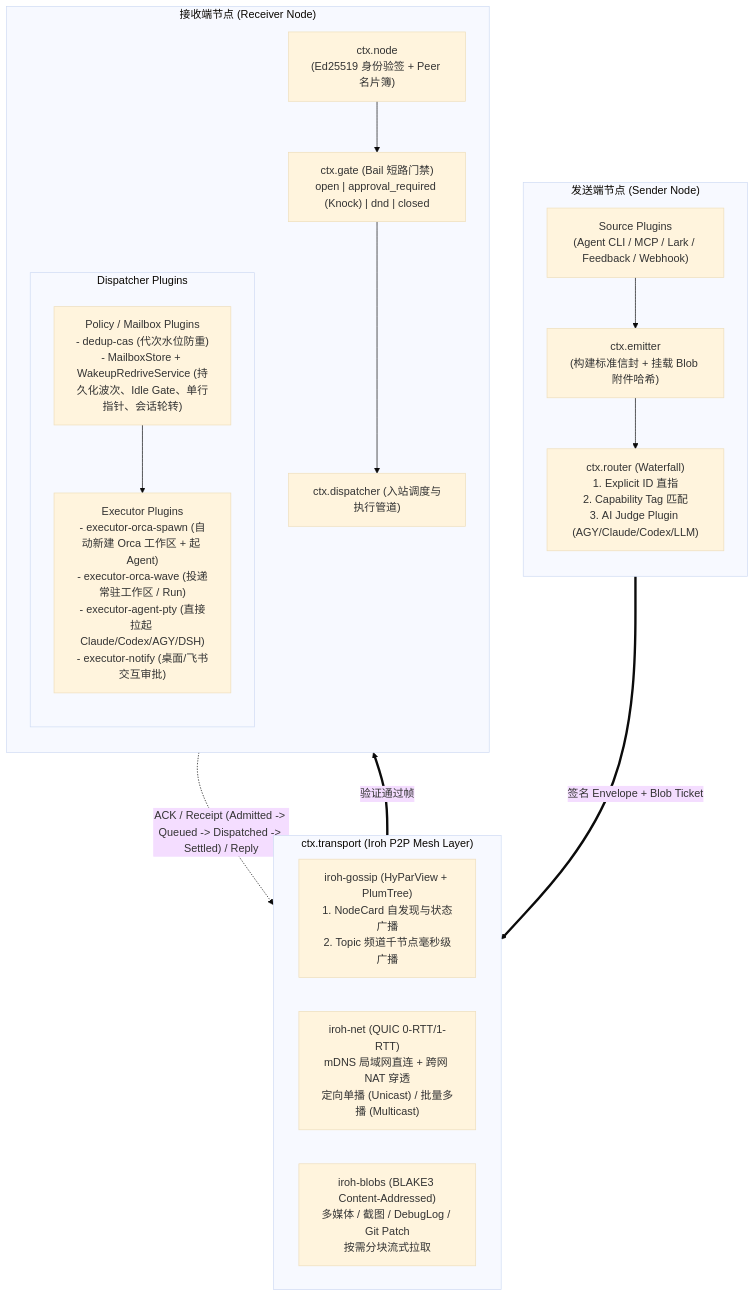
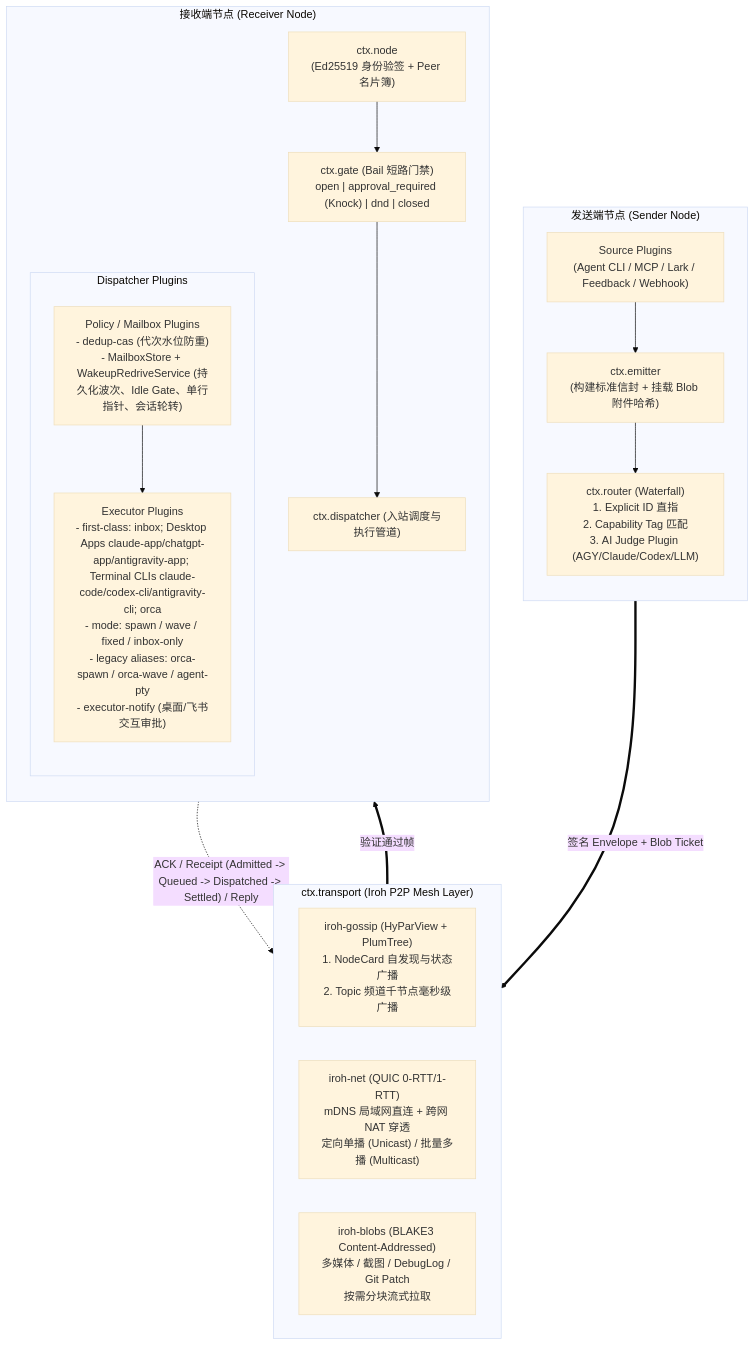
The diagram in docs/architecture.md (sensebeing/the-dealer), drawn with Mermaid (base theme) before and after one commit. The commit also changed other lines of this file and 12 other files, not shown here.

````diff
--- a/docs/architecture.md
+++ b/docs/architecture.md
@@ -48,37 +48,37 @@
 ```mermaid
 flowchart TB
     subgraph OutboundNode["发送端节点 (Sender Node)"]
         direction TB
         Src["Source Plugins<br/>(Agent CLI / MCP / Lark / Feedback / Webhook)"]
         Emit["ctx.emitter<br/>(构建标准信封 + 挂载 Blob 附件哈希)"]
         Route["ctx.router (Waterfall)<br/>1. Explicit ID 直指<br/>2. Capability Tag 匹配<br/>3. AI Judge Plugin (AGY/Claude/Codex/LLM)"]
         Src --> Emit --> Route
     end
 
     subgraph IrohMesh["ctx.transport (Iroh P2P Mesh Layer)"]
         direction LR
         Gossip["iroh-gossip (HyParView + PlumTree)<br/>1. NodeCard 自发现与状态广播<br/>2. Topic 频道千节点毫秒级广播"]
         Quic["iroh-net (QUIC 0-RTT/1-RTT)<br/>mDNS 局域网直连 + 跨网 NAT 穿透<br/>定向单播 (Unicast) / 批量多播 (Multicast)"]
         Blobs["iroh-blobs (BLAKE3 Content-Addressed)<br/>多媒体 / 截图 / DebugLog / Git Patch<br/>按需分块流式拉取"]
     end
 
     subgraph InboundNode["接收端节点 (Receiver Node)"]
         direction TB
         NodeSvc["ctx.node<br/>(Ed25519 身份验签 + Peer 名片簿)"]
         Gate["ctx.gate (Bail 短路门禁)<br/>open | approval_required (Knock) | dnd | closed"]
         Disp["ctx.dispatcher (入站调度与执行管道)"]
         
         subgraph DispPipeline["Dispatcher Plugins"]
             direction TB
             Pol["Policy / Mailbox Plugins<br/>- dedup-cas (代次水位防重)<br/>- MailboxStore + WakeupRedriveService (持久化波次、Idle Gate、单行指针、会话轮转)"]
-            Exec["Executor Plugins<br/>- executor-orca-spawn (自动新建 Orca 工作区 + 起 Agent)<br/>- executor-orca-wave (投递常驻工作区 / Run)<br/>- executor-agent-pty (直接拉起 Claude/Codex/AGY/DSH)<br/>- executor-notify (桌面/飞书交互审批)"]
+            Exec["Executor Plugins<br/>- first-class: inbox; Desktop Apps claude-app/chatgpt-app/antigravity-app; Terminal CLIs claude-code/codex-cli/antigravity-cli; orca<br/>- mode: spawn / wave / fixed / inbox-only<br/>- legacy aliases: orca-spawn / orca-wave / agent-pty<br/>- executor-notify (桌面/飞书交互审批)"]
             Pol --> Exec
         end
 
         NodeSvc --> Gate --> Disp
     end
 
     Route == "签名 Envelope + Blob Ticket" ==> IrohMesh
     IrohMesh == "验证通过帧" ==> NodeSvc
     Disp -. "ACK / Receipt (Admitted -> Queued -> Dispatched -> Settled) / Reply" .-> IrohMesh
 ```
````
